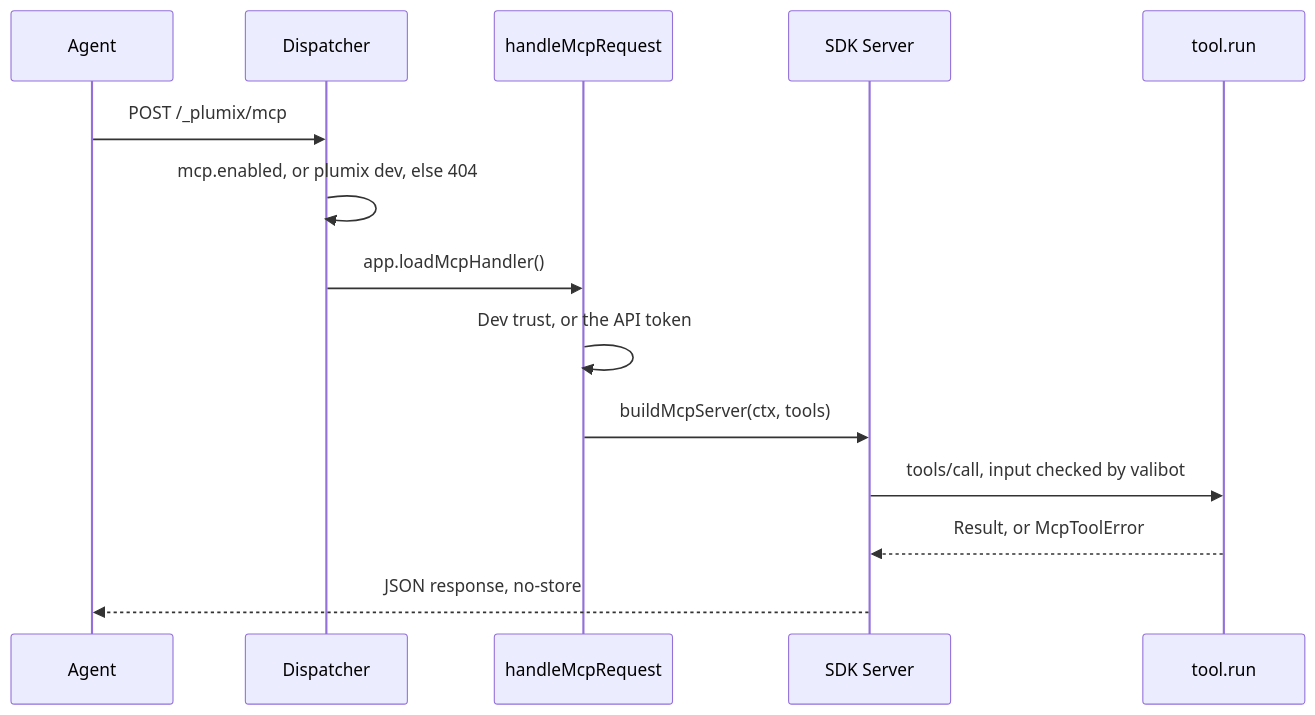
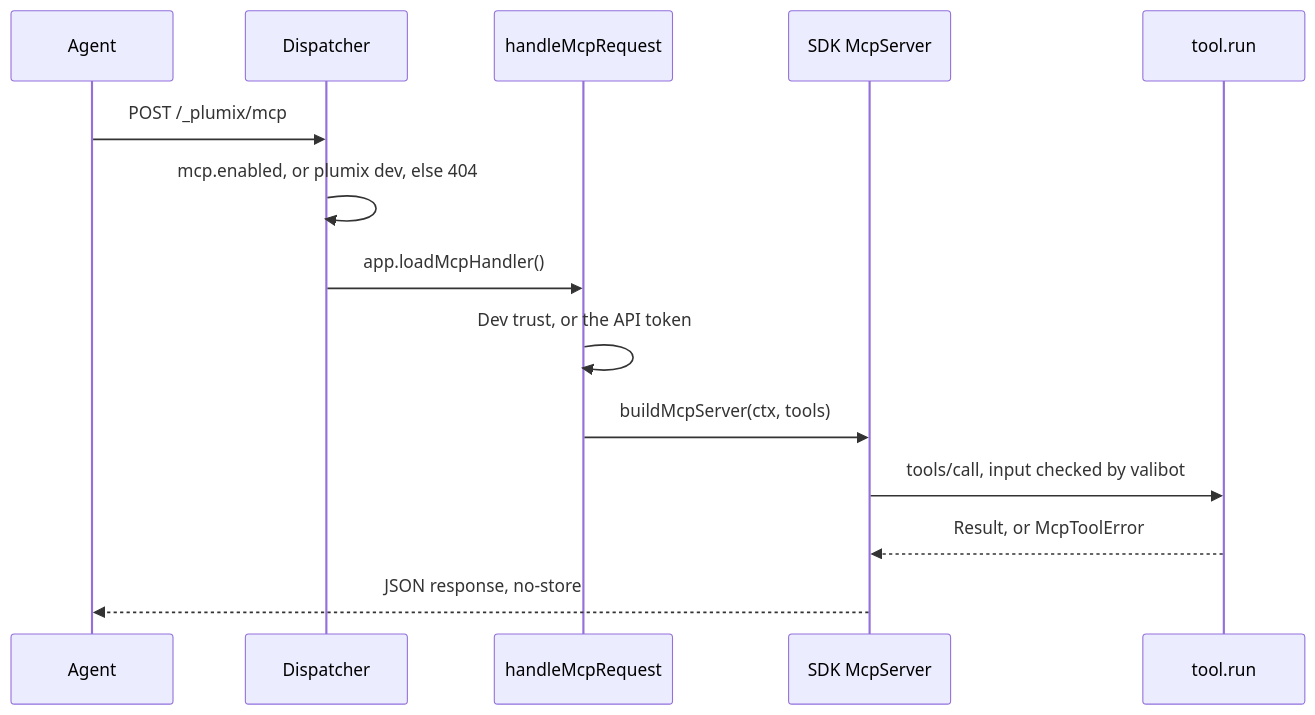
The diagram in docs/architecture/mcp.md (withplumix/plumix), drawn with Mermaid before and after one commit. The commit also changed other lines of this file and 9 other files, not shown here.

First line of the commit message:
feat(core): run the mcp server on sdk v2 and let tools declare writes

````diff
--- a/docs/architecture/mcp.md
+++ b/docs/architecture/mcp.md
@@ -7,16 +7,16 @@
 ```mermaid
 sequenceDiagram
   participant A as Agent
   participant D as Dispatcher
   participant H as handleMcpRequest
-  participant S as SDK Server
+  participant S as SDK McpServer
   participant T as tool.run
   A->>D: POST /_plumix/mcp
   D->>D: mcp.enabled, or plumix dev, else 404
   D->>H: app.loadMcpHandler()
   H->>H: Dev trust, or the API token
   H->>S: buildMcpServer(ctx, tools)
   S->>T: tools/call, input checked by valibot
   T-->>S: Result, or McpToolError
   S-->>A: JSON response, no-store
 ```
````
